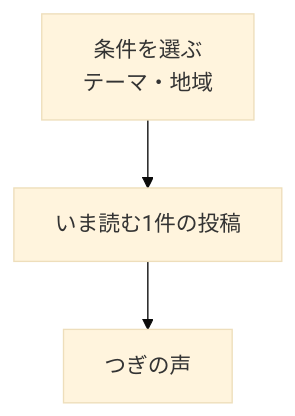
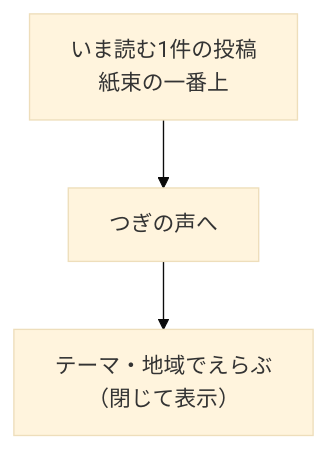
One commit to Digix00/58-Hackathon-202609 changed the diagram in docs/requirements/screens/feed.md. Above: the diagram before and after it, drawn with Mermaid (base theme). The commit also changed other lines of this file and 4 other files, not shown here.

````diff
--- a/docs/requirements/screens/feed.md
+++ b/docs/requirements/screens/feed.md
@@ -9,8 +9,8 @@
 ```mermaid
 flowchart TB
-  Filters["条件を選ぶ<br/>テーマ・地域"]
-  Card["いま読む1件の投稿"]
-  Next["つぎの声"]
+  Card["いま読む1件の投稿<br/>紙束の一番上"]
+  Next["つぎの声へ"]
+  Filters["テーマ・地域でえらぶ<br/>（閉じて表示）"]
 
-  Filters --> Card --> Next
+  Card --> Next --> Filters
 ```
````
